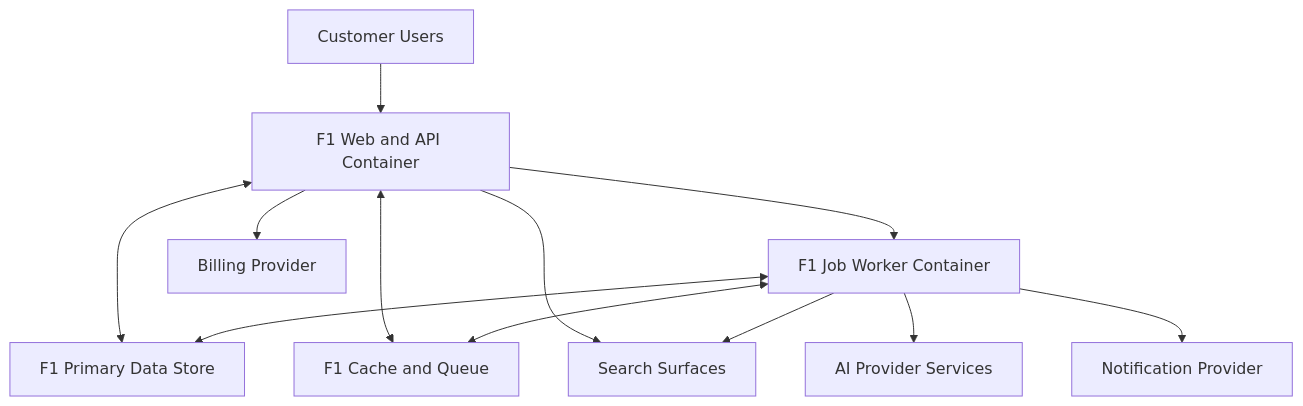
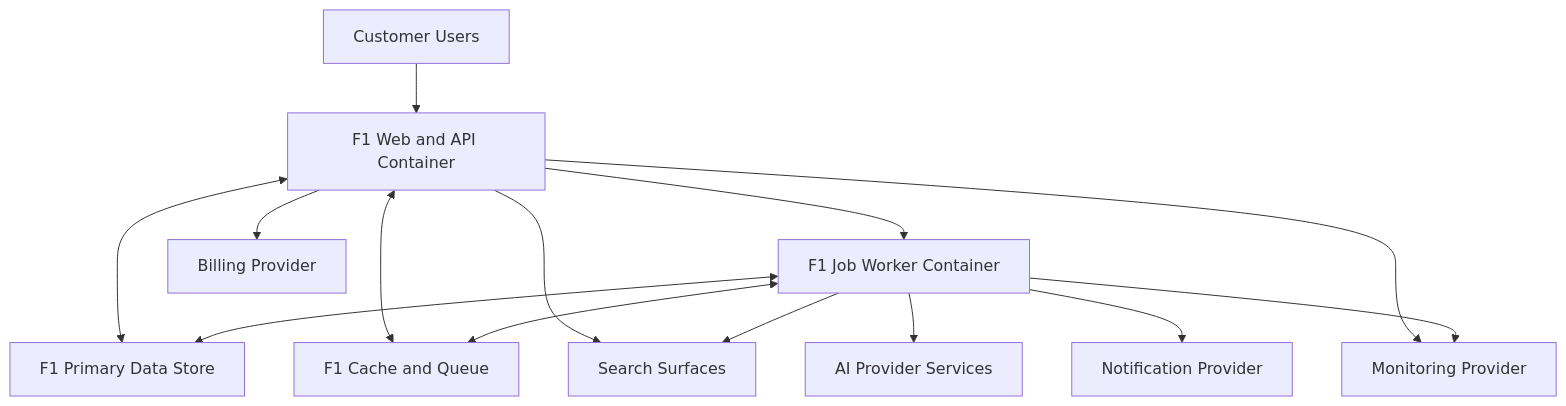
One commit to keny369/videt.ai changed the diagram in diagrams/CONTAINER_ARCHITECTURE.md. Above: the diagram before and after it, drawn with Mermaid. The commit also changed 14 other files, not shown here.

Commit message:
Correct foundation governance and architecture consistency

````diff
--- a/diagrams/CONTAINER_ARCHITECTURE.md
+++ b/diagrams/CONTAINER_ARCHITECTURE.md
@@ -21,27 +21,30 @@
 ```mermaid
 flowchart TB
     USER[Customer Users]
 
     WEB[F1 Web and API Container]
     WORKER[F1 Job Worker Container]
     DB[F1 Primary Data Store]
     CACHE[F1 Cache and Queue]
 
     SEARCH[Search Surfaces]
     AI[AI Provider Services]
     BILL[Billing Provider]
     NOTIF[Notification Provider]
+    OBS[Monitoring Provider]
 
     USER --> WEB
     WEB <--> DB
     WEB <--> CACHE
     WEB --> WORKER
     WORKER <--> DB
     WORKER <--> CACHE
 
     WEB --> SEARCH
     WORKER --> SEARCH
     WORKER --> AI
     WEB --> BILL
     WORKER --> NOTIF
+    WEB --> OBS
+    WORKER --> OBS
 ```
````
